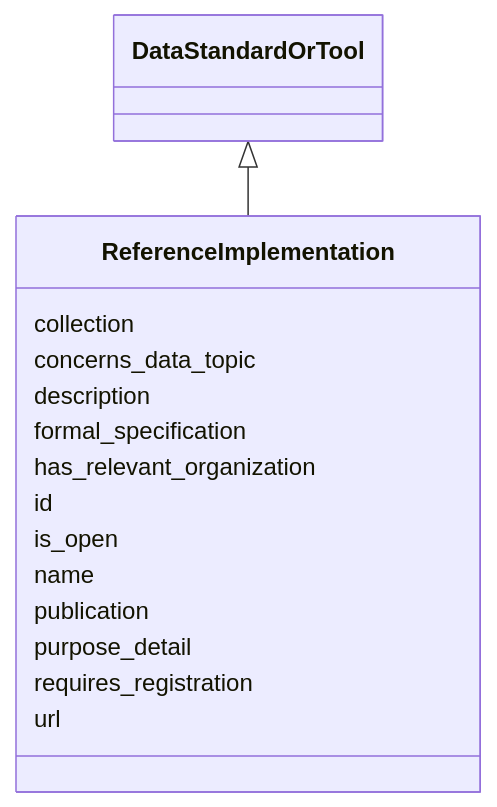
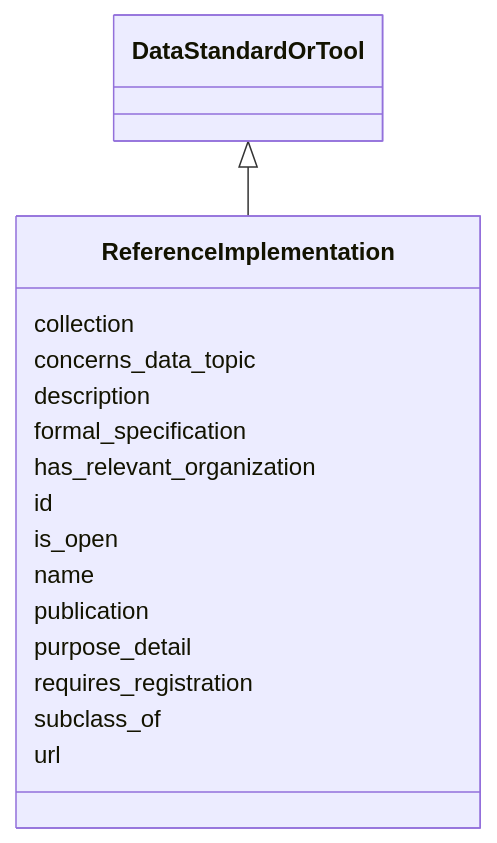
The diagram in docs/ReferenceImplementation.md (bridge2ai/standards-schemas), drawn with Mermaid before and after one commit. The commit also changed other lines of this file and 57 other files, not shown here.

````diff
--- a/docs/ReferenceImplementation.md
+++ b/docs/ReferenceImplementation.md
@@ -10,19 +11,20 @@
 ```mermaid
  classDiagram
     class ReferenceImplementation
       DataStandardOrTool <|-- ReferenceImplementation
       
       ReferenceImplementation : collection
       ReferenceImplementation : concerns_data_topic
       ReferenceImplementation : description
       ReferenceImplementation : formal_specification
       ReferenceImplementation : has_relevant_organization
       ReferenceImplementation : id
       ReferenceImplementation : is_open
       ReferenceImplementation : name
       ReferenceImplementation : publication
       ReferenceImplementation : purpose_detail
       ReferenceImplementation : requires_registration
+      ReferenceImplementation : subclass_of
       ReferenceImplementation : url
       
 ```
````
